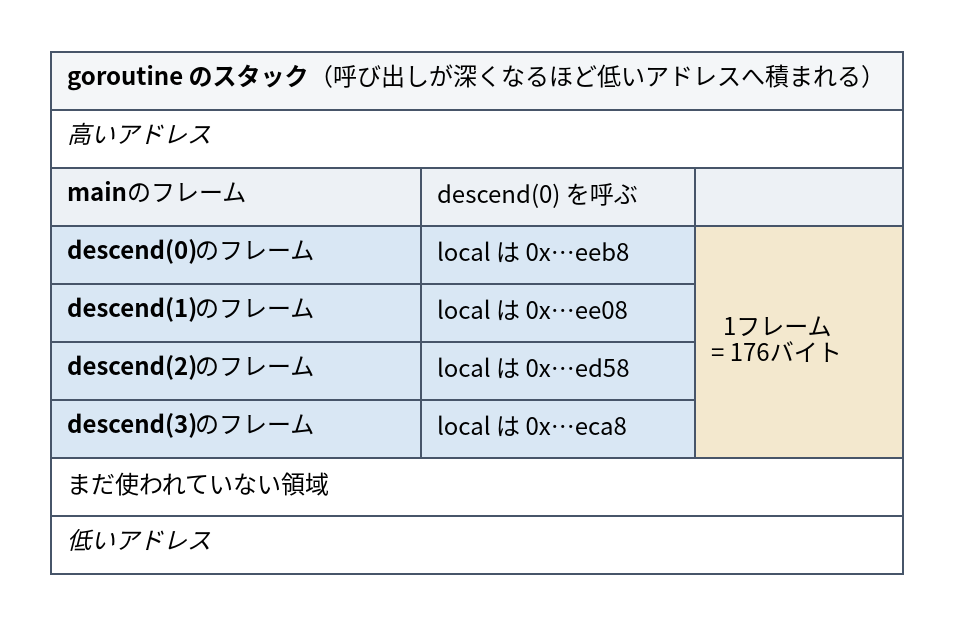
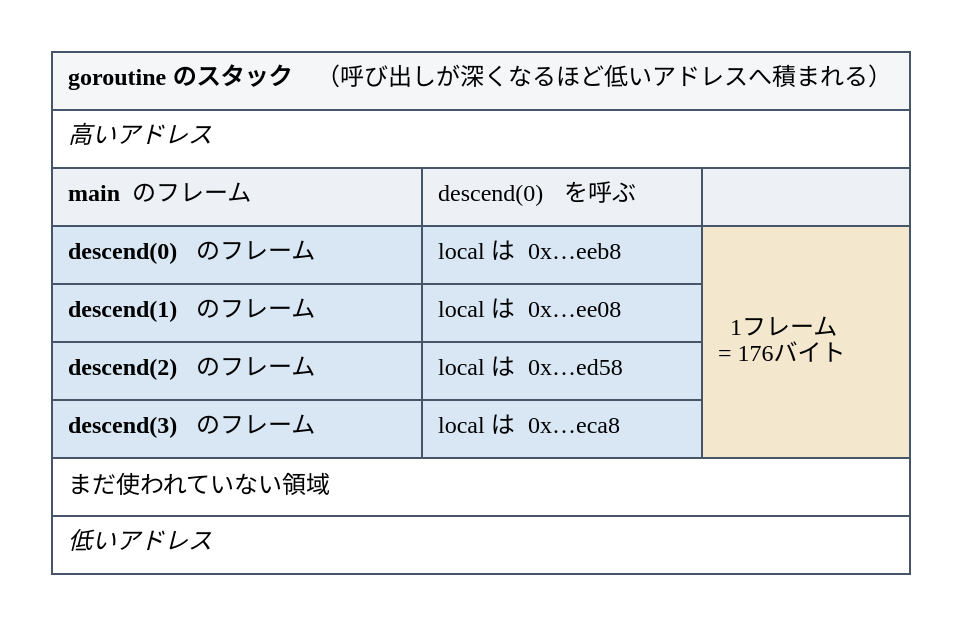
Before and after one commit to ymotongpoo/zenn.dev: the diagram in diagrams/go-ebpf-primer/20260820-stack-frame.dot, drawn with Graphviz. The commit also changed 109 other files, not shown here.

First line of the commit message:
change: 図のフォントをIBM Plex Sans JP / Poppins / JetBrains Monoに整理

```diff
--- a/diagrams/go-ebpf-primer/20260820-stack-frame.dot
+++ b/diagrams/go-ebpf-primer/20260820-stack-frame.dot
@@ -1,39 +1,39 @@
 // 関数呼び出しとスタックフレーム
 digraph stack_frame {
   graph [
-    fontname="Harano Aji Gothic,Noto Sans CJK JP,IPAGothic", fontsize=13,
+    fontname="IBM Plex Sans JP", fontsize=13,
     rankdir=TB, compound=true, splines=true,
     nodesep=0.5, ranksep=0.7, pad=0.25,
     bgcolor="white", newrank=true
   ];
   node [
-    fontname="Harano Aji Gothic,Noto Sans CJK JP,IPAGothic", fontsize=12,
+    fontname="IBM Plex Sans JP", fontsize=12,
     shape=box, style="rounded,filled",
     fillcolor="#F1F5F9", color="#475569", penwidth=1.6,
     margin="0.2,0.14"
   ];
   edge [
-    fontname="Harano Aji Gothic,Noto Sans CJK JP,IPAGothic", fontsize=11,
+    fontname="IBM Plex Sans JP", fontsize=11,
     color="#334155", penwidth=1.4, arrowsize=0.9,
     fontcolor="#1E293B"
   ];
   stack [shape=plain, style="", label=<
     <table border="0" cellborder="1" cellspacing="0" cellpadding="7" color="#475569">
       <tr><td colspan="3" align="left" bgcolor="#F4F6F8"><b>goroutine のスタック</b>（呼び出しが深くなるほど低いアドレスへ積まれる）</td></tr>
       <tr><td colspan="3" align="left" bgcolor="#FFFFFF"><i>高いアドレス</i></td></tr>
-      <tr><td align="left" bgcolor="#EDF1F5"><b>main</b> のフレーム</td>
-          <td align="left" bgcolor="#EDF1F5">descend(0) を呼ぶ</td>
+      <tr><td align="left" bgcolor="#EDF1F5"><font face="JetBrains Mono"><b>main</b></font> のフレーム</td>
+          <td align="left" bgcolor="#EDF1F5"><font face="JetBrains Mono">descend(0)</font> を呼ぶ</td>
           <td align="left" bgcolor="#EDF1F5"></td></tr>
-      <tr><td align="left" bgcolor="#D9E7F4"><b>descend(0)</b> のフレーム</td>
-          <td align="left" bgcolor="#D9E7F4">local は 0x…eeb8</td>
+      <tr><td align="left" bgcolor="#D9E7F4"><font face="JetBrains Mono"><b>descend(0)</b></font> のフレーム</td>
+          <td align="left" bgcolor="#D9E7F4">local は <font face="JetBrains Mono">0x…eeb8</font></td>
           <td rowspan="4" align="left" bgcolor="#F3E8CE">1フレーム<br/>= 176バイト</td></tr>
-      <tr><td align="left" bgcolor="#D9E7F4"><b>descend(1)</b> のフレーム</td>
-          <td align="left" bgcolor="#D9E7F4">local は 0x…ee08</td></tr>
-      <tr><td align="left" bgcolor="#D9E7F4"><b>descend(2)</b> のフレーム</td>
-          <td align="left" bgcolor="#D9E7F4">local は 0x…ed58</td></tr>
-      <tr><td align="left" bgcolor="#D9E7F4"><b>descend(3)</b> のフレーム</td>
-          <td align="left" bgcolor="#D9E7F4">local は 0x…eca8</td></tr>
+      <tr><td align="left" bgcolor="#D9E7F4"><font face="JetBrains Mono"><b>descend(1)</b></font> のフレーム</td>
+          <td align="left" bgcolor="#D9E7F4">local は <font face="JetBrains Mono">0x…ee08</font></td></tr>
+      <tr><td align="left" bgcolor="#D9E7F4"><font face="JetBrains Mono"><b>descend(2)</b></font> のフレーム</td>
+          <td align="left" bgcolor="#D9E7F4">local は <font face="JetBrains Mono">0x…ed58</font></td></tr>
+      <tr><td align="left" bgcolor="#D9E7F4"><font face="JetBrains Mono"><b>descend(3)</b></font> のフレーム</td>
+          <td align="left" bgcolor="#D9E7F4">local は <font face="JetBrains Mono">0x…eca8</font></td></tr>
       <tr><td colspan="3" align="left" bgcolor="#FFFFFF">まだ使われていない領域</td></tr>
       <tr><td colspan="3" align="left" bgcolor="#FFFFFF"><i>低いアドレス</i></td></tr>
     </table>>];
 }
```
